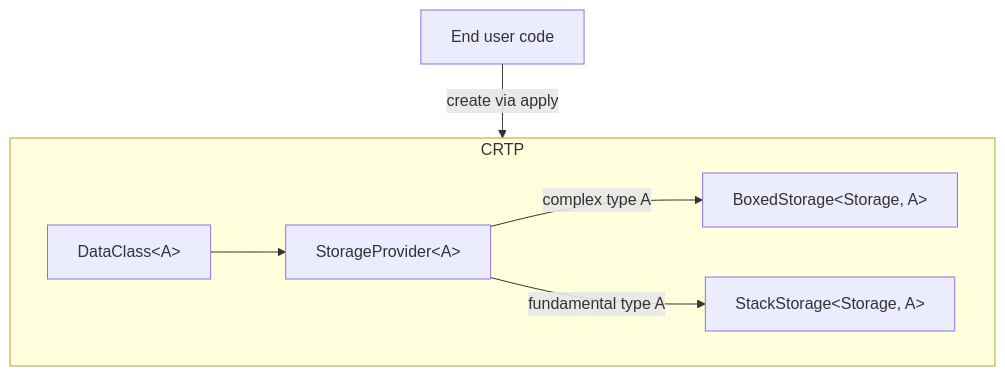
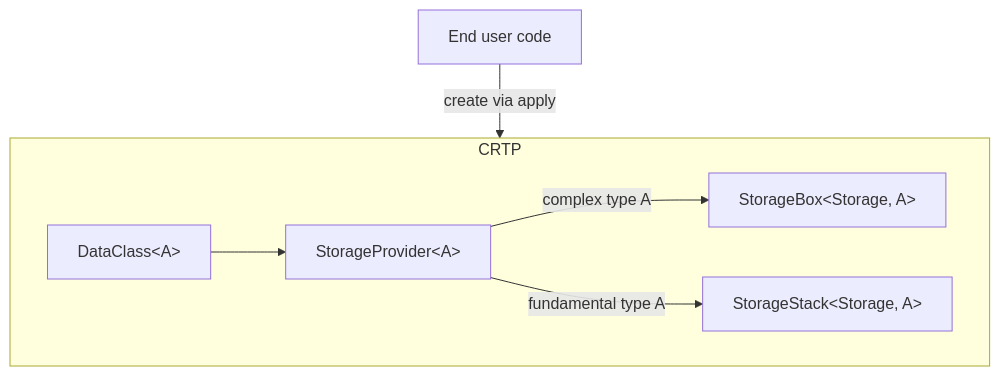
One commit to mtavkhelidze/fp-plus-plus changed the diagram in include/fp/internal/readme.md. Above: the diagram before and after it, drawn with Mermaid.

Commit message:
Update storage readme

````diff
--- a/include/fp/internal/readme.md
+++ b/include/fp/internal/readme.md
@@ -3,11 +3,11 @@
 ```mermaid
 flowchart TD
     User[End user code] -- create via apply --> CRTP
     subgraph CRTP
         data["DataClass&lt;A&gt;"] --> SP["StorageProvider&lt;A&gt;"]
-        SP -- complex type A --> Boxed["BoxedStorage&lt;Storage, A&gt;"]
-        SP -- fundamental type A --> Stack["StackStorage&lt;Storage, A&gt;"]
+        SP -- complex type A --> Boxed["StorageBox&lt;Storage, A&gt;"]
+        SP -- fundamental type A --> Stack["StorageStack&lt;Storage, A&gt;"]
         Boxed:::boxed
         Stack:::stack
     end
 ```
````
